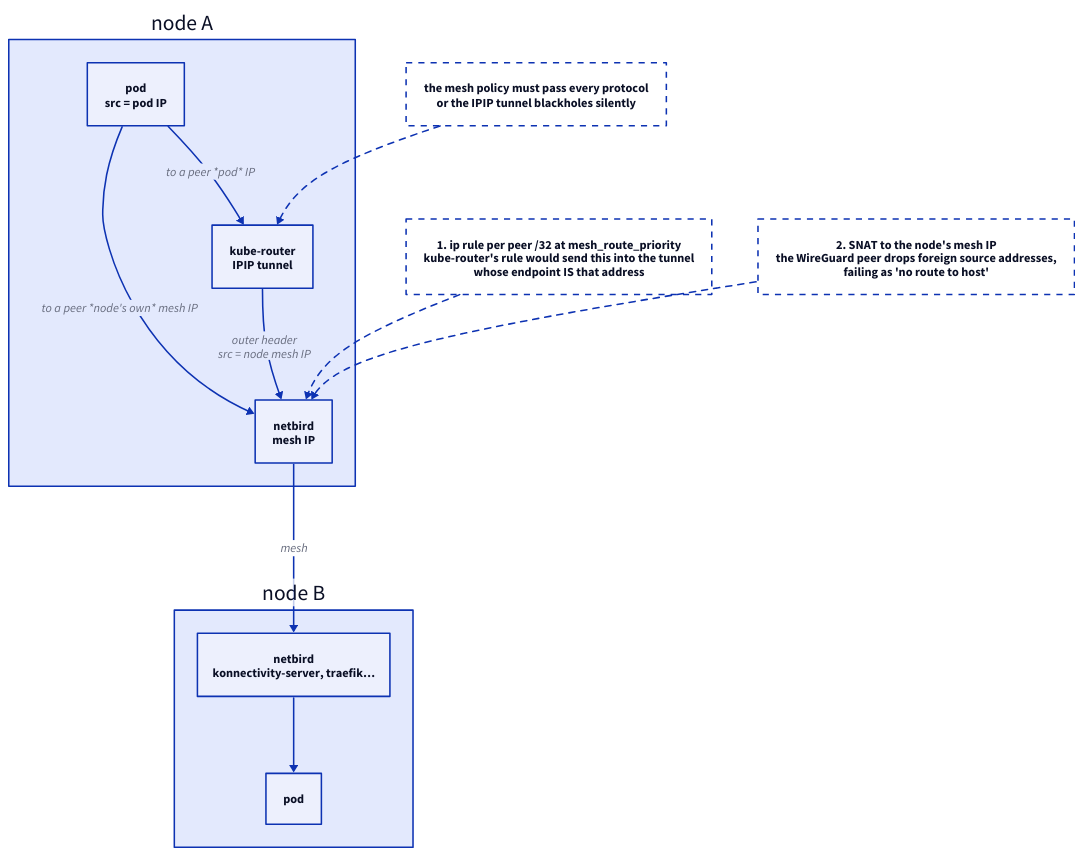
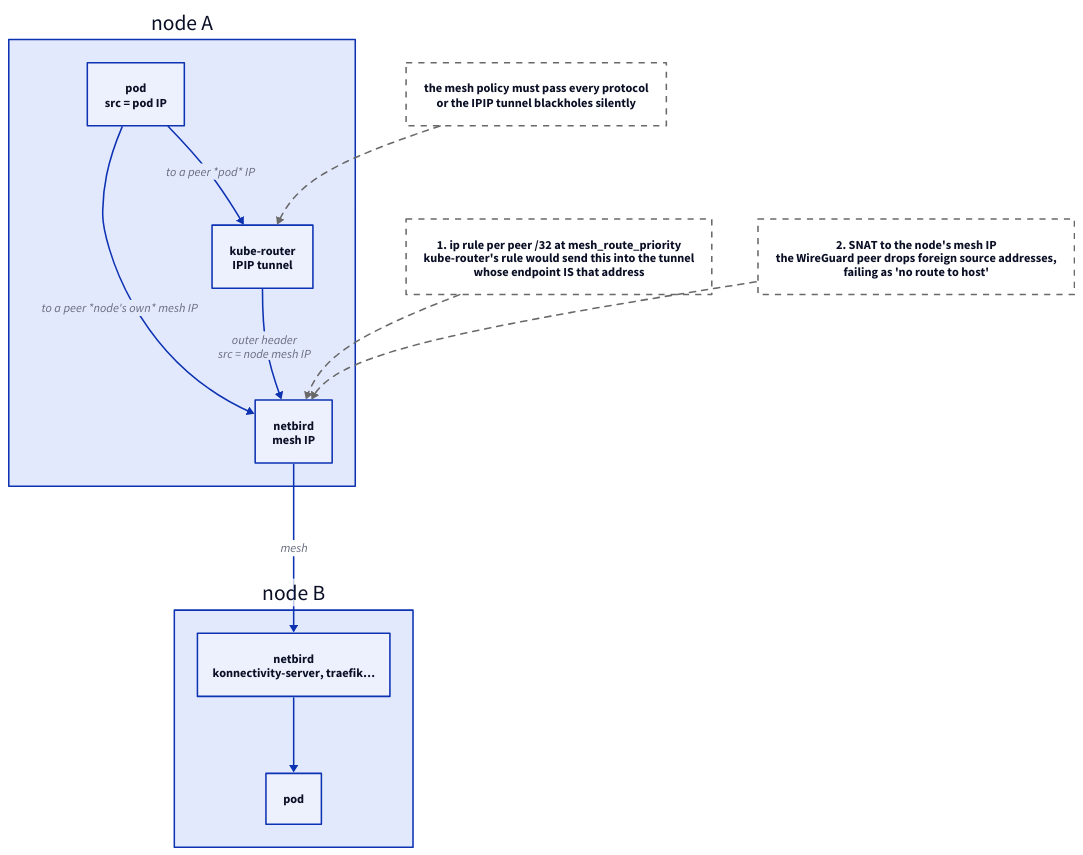
One commit to brewcoua/futhark changed the diagram in docs/src/ansible/networking.md. Above: the diagram before and after it, drawn with D2. The commit also changed 9 other files, not shown here.

First line of the commit message:
docs: give every diagram a named role palette

````diff
--- a/docs/src/ansible/networking.md
+++ b/docs/src/ansible/networking.md
@@ -22,34 +22,44 @@
 ```d2
 direction: down
+
+classes: {
+  note: {
+    style: {
+      stroke: dimgray
+      stroke-dash: 4
+      fill: transparent
+    }
+  }
+  noteline: {
+    style: {
+      stroke: dimgray
+      stroke-dash: 4
+    }
+  }
+}
 
 a: node A {
   pod: pod\nsrc = pod IP
   tun: kube-router\nIPIP tunnel
   ts: netbird\nmesh IP
   pod -> tun: to a peer *pod* IP
   pod -> ts: to a peer *node's own* mesh IP
   tun -> ts: outer header\nsrc = node mesh IP
 }
 
 b: node B {
   bpod: pod
   bts: "netbird\nkonnectivity-server, traefik…"
 }
 
 a.ts -> b.bts: mesh
 b.bts -> b.bpod
 
-fix1: "1. ip rule per peer /32 at mesh_route_priority\nkube-router's rule would send this into the tunnel\nwhose endpoint IS that address" {
-  style: { stroke-dash: 4; fill: transparent }
-}
-fix2: "2. SNAT to the node's mesh IP\nthe WireGuard peer drops foreign source addresses,\nfailing as 'no route to host'" {
-  style: { stroke-dash: 4; fill: transparent }
-}
-acl: "the mesh policy must pass every protocol\nor the IPIP tunnel blackholes silently" {
-  style: { stroke-dash: 4; fill: transparent }
-}
+fix1: "1. ip rule per peer /32 at mesh_route_priority\nkube-router's rule would send this into the tunnel\nwhose endpoint IS that address" { class: note }
+fix2: "2. SNAT to the node's mesh IP\nthe WireGuard peer drops foreign source addresses,\nfailing as 'no route to host'" { class: note }
+acl: "the mesh policy must pass every protocol\nor the IPIP tunnel blackholes silently" { class: note }
 
-fix1 -> a.ts: { style.stroke-dash: 4 }
-fix2 -> a.ts: { style.stroke-dash: 4 }
-acl -> a.tun: { style.stroke-dash: 4 }
+fix1 -> a.ts { class: noteline }
+fix2 -> a.ts { class: noteline }
+acl -> a.tun { class: noteline }
 ```
````
